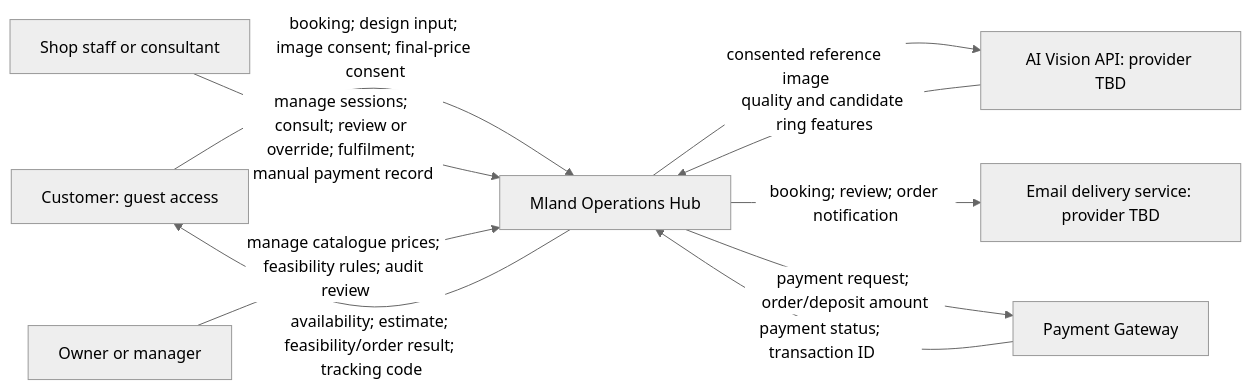
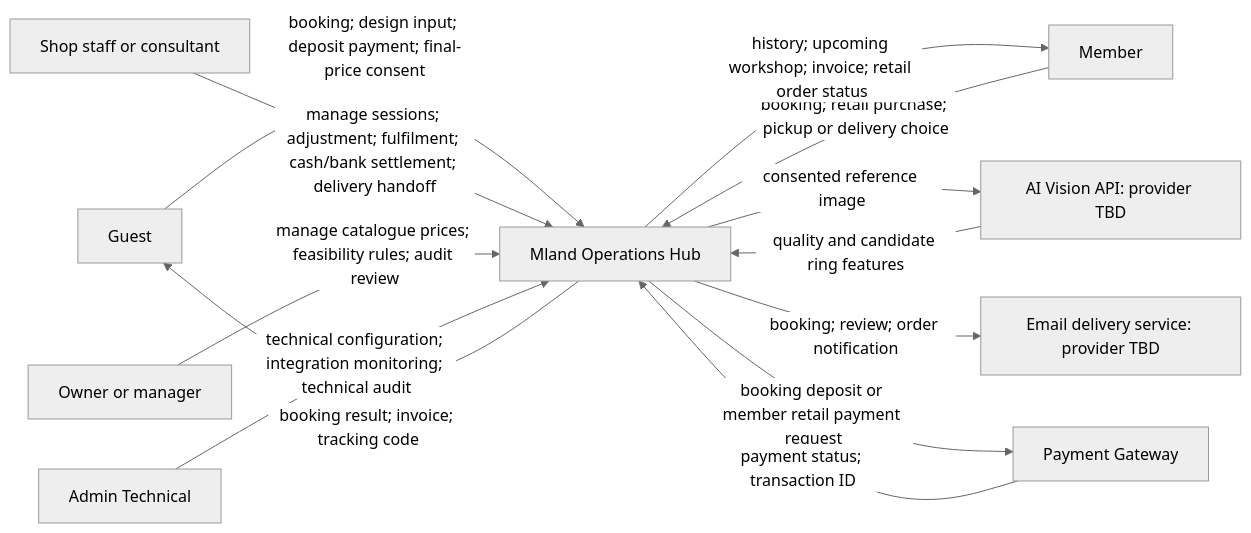
Before and after one commit to quoc-ca/mland-operations-hub: the diagram in documents/docs/report-1-vision-scope/assets/diagrams/moh-context.mmd, drawn with Mermaid (neutral theme). The commit also changed 22 other files, not shown here.

```diff
--- a/documents/docs/report-1-vision-scope/assets/diagrams/moh-context.mmd
+++ b/documents/docs/report-1-vision-scope/assets/diagrams/moh-context.mmd
@@ -1,10 +1,13 @@
 flowchart LR
-    Customer[Customer: guest access] -->|booking; design input; image consent; final-price consent| MOH[Mland Operations Hub]
-    MOH -->|availability; estimate; feasibility/order result; tracking code| Customer
-    Staff[Shop staff or consultant] -->|manage sessions; consult; review or override; fulfilment; manual payment record| MOH
+    Guest[Guest] -->|booking; design input; deposit payment; final-price consent| MOH[Mland Operations Hub]
+    MOH -->|booking result; invoice; tracking code| Guest
+    Member[Member] -->|booking; retail purchase; pickup or delivery choice| MOH
+    MOH -->|history; upcoming workshop; invoice; retail order status| Member
+    Staff[Shop staff or consultant] -->|manage sessions; adjustment; fulfilment; cash/bank settlement; delivery handoff| MOH
     Owner[Owner or manager] -->|manage catalogue prices; feasibility rules; audit review| MOH
+    Technical[Admin Technical] -->|technical configuration; integration monitoring; technical audit| MOH
     MOH -->|consented reference image| Vision[AI Vision API: provider TBD]
     Vision -->|quality and candidate ring features| MOH
     MOH -->|booking; review; order notification| Email[Email delivery service: provider TBD]
-    MOH -->|payment request; order/deposit amount| Payment[Payment Gateway]
+    MOH -->|booking deposit or member retail payment request| Payment[Payment Gateway]
     Payment -->|payment status; transaction ID| MOH
```
